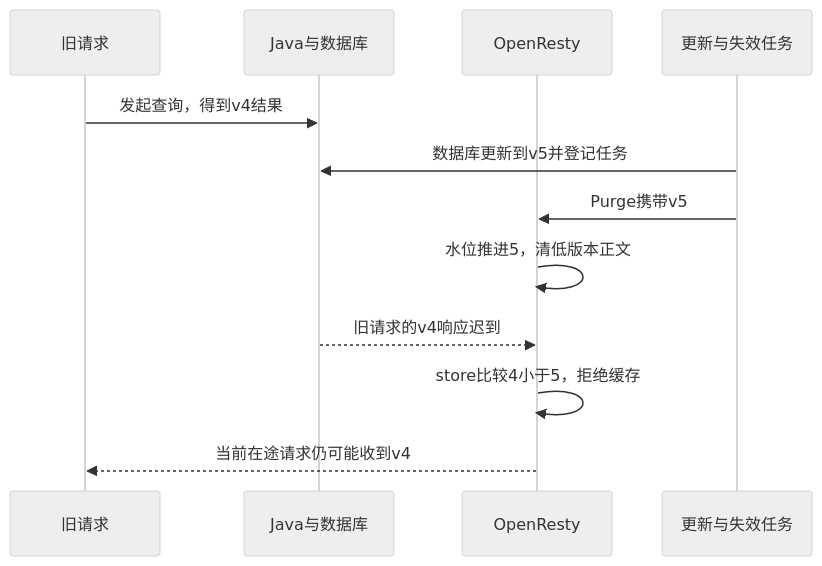
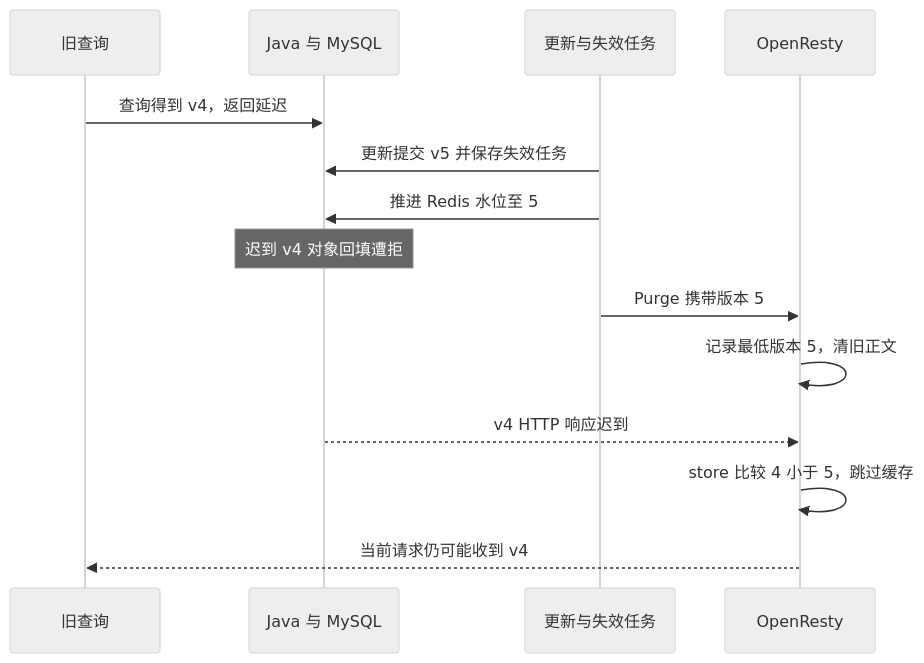
Before and after one commit to SyH-101/citypass-platform: the third of 5 diagrams in 02-多级缓存一致性.md, drawn with Mermaid (neutral theme). The commit also changed other lines of this file, not shown here.

Commit message:
docs: focus cache guide on resume flows with line-by-line source annotations

````diff
--- a/02-多级缓存一致性.md
+++ b/02-多级缓存一致性.md
@@ -531,14 +643,16 @@
 ```mermaid
 sequenceDiagram
-    participant A as 旧请求
-    participant J as Java与数据库
+    participant Q as 旧查询
+    participant J as Java 与 MySQL
+    participant W as 更新与失效任务
     participant G as OpenResty
-    participant W as 更新与失效任务
-    A->>J: 发起查询，得到v4结果
-    W->>J: 数据库更新到v5并登记任务
-    W->>G: Purge携带v5
-    G->>G: 水位推进5，清低版本正文
-    J-->>G: 旧请求的v4响应迟到
-    G->>G: store比较4小于5，拒绝缓存
-    G-->>A: 当前在途请求仍可能收到v4
+    Q->>J: 查询得到 v4，返回延迟
+    W->>J: 更新提交 v5 并保存失效任务
+    W->>J: 推进 Redis 水位至 5
+    Note over J: 迟到 v4 对象回填遭拒
+    W->>G: Purge 携带版本 5
+    G->>G: 记录最低版本 5，清旧正文
+    J-->>G: v4 HTTP 响应迟到
+    G->>G: store 比较 4 小于 5，跳过缓存
+    G-->>Q: 当前请求仍可能收到 v4
 ```
````
